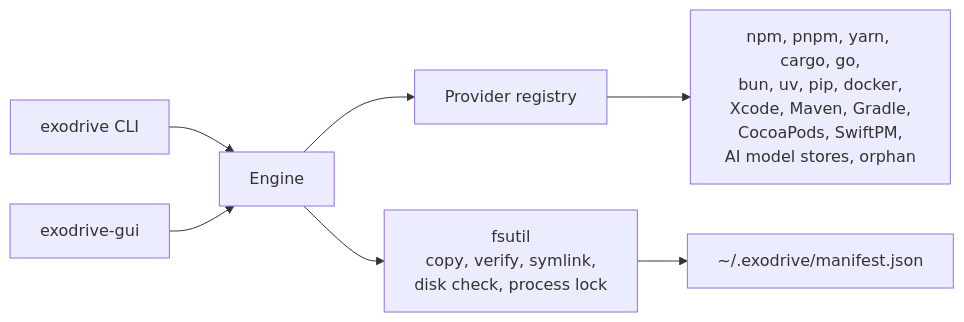
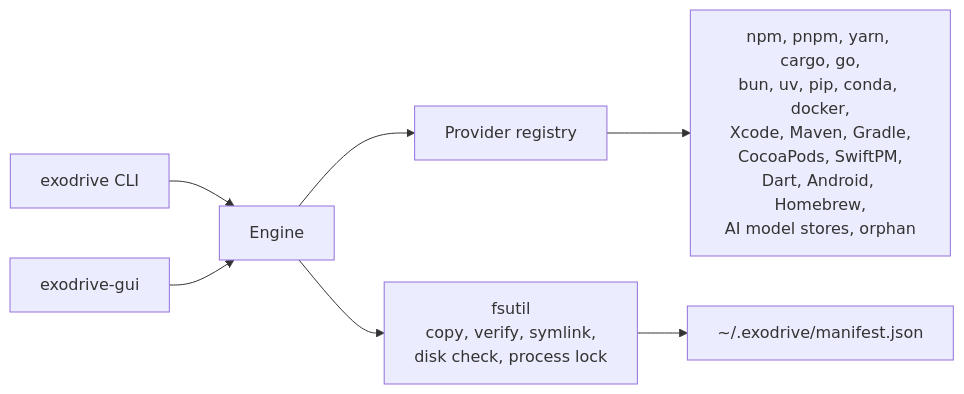
The diagram in README.md (Jungley8/exodrive), drawn with Mermaid before and after one commit. The commit also changed other lines of this file and 17 other files, not shown here.

First line of the commit message:
feat(providers): move Dart, Android, Conda, and Homebrew caches

````diff
--- a/README.md
+++ b/README.md
@@ -43,9 +43,9 @@
 ```mermaid
 flowchart LR
     CLI["exodrive CLI"] --> Engine
     GUI["exodrive-gui"] --> Engine
     Engine --> Registry["Provider registry"]
-    Registry --> P["npm, pnpm, yarn, cargo, go,<br/>bun, uv, pip, docker,<br/>Xcode, Maven, Gradle,<br/>CocoaPods, SwiftPM,<br/>AI model stores, orphan"]
+    Registry --> P["npm, pnpm, yarn, cargo, go,<br/>bun, uv, pip, conda, docker,<br/>Xcode, Maven, Gradle,<br/>CocoaPods, SwiftPM,<br/>Dart, Android, Homebrew,<br/>AI model stores, orphan"]
     Engine --> FS["fsutil<br/>copy, verify, symlink,<br/>disk check, process lock"]
     FS --> Ledger["~/.exodrive/manifest.json"]
 ```
````
